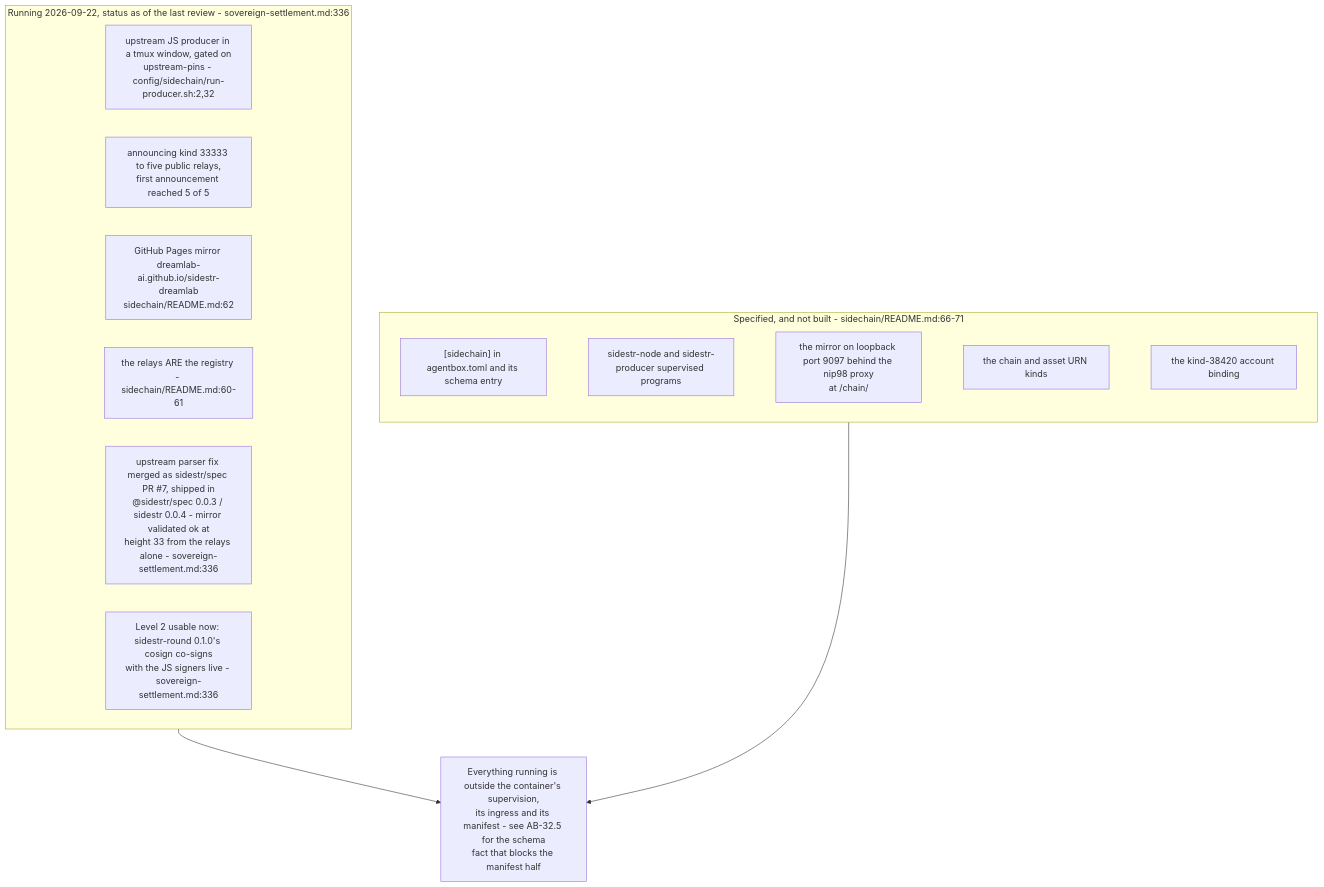
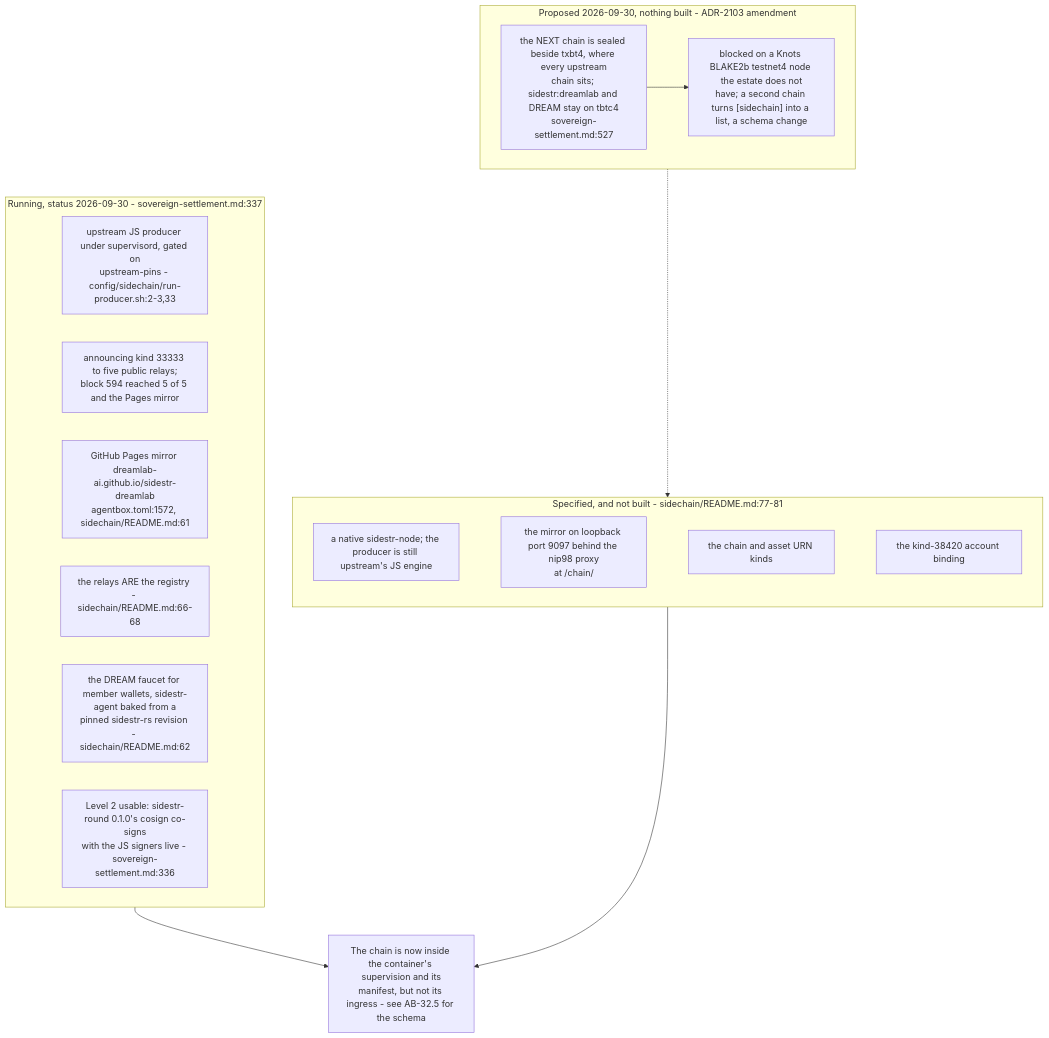
One commit to DreamLab-AI/VisionFlow changed the fifth of 5 diagrams in docs/diagrams/agentbox/34-sidestr-interim-producer-and-mirror.md. Above: the diagram before and after it, drawn with Mermaid. The commit also changed other lines of this file and 94 other files, not shown here.

First line of the commit message:
docs(diagrams): re-verify 130 topics against 2 October HEADs

````diff
--- a/docs/diagrams/agentbox/34-sidestr-interim-producer-and-mirror.md
+++ b/docs/diagrams/agentbox/34-sidestr-interim-producer-and-mirror.md
@@ -158,21 +179,26 @@
 ```mermaid
 flowchart TB
-    subgraph now["Running 2026-09-22, status as of the last review - sovereign-settlement.md:336"]
-        N1["upstream JS producer in a tmux window, gated on<br/>upstream-pins - config/sidechain/run-producer.sh:2,32"]
-        N2["announcing kind 33333 to five public relays,<br/>first announcement reached 5 of 5"]
-        N3["GitHub Pages mirror dreamlab-ai.github.io/sidestr-dreamlab<br/>sidechain/README.md:62"]
-        N4["the relays ARE the registry - sidechain/README.md:60-61"]
-        N5["upstream parser fix merged as sidestr/spec PR #7, shipped in<br/>@sidestr/spec 0.0.3 / sidestr 0.0.4 - mirror validated ok at<br/>height 33 from the relays alone - sovereign-settlement.md:336"]
-        N6["Level 2 usable now: sidestr-round 0.1.0's cosign co-signs<br/>with the JS signers live - sovereign-settlement.md:336"]
+    subgraph now["Running, status 2026-09-30 - sovereign-settlement.md:337"]
+        N1["upstream JS producer under supervisord, gated on<br/>upstream-pins - config/sidechain/run-producer.sh:2-3,33"]
+        N2["announcing kind 33333 to five public relays;<br/>block 594 reached 5 of 5 and the Pages mirror"]
+        N3["GitHub Pages mirror dreamlab-ai.github.io/sidestr-dreamlab<br/>agentbox.toml:1572, sidechain/README.md:61"]
+        N4["the relays ARE the registry - sidechain/README.md:66-68"]
+        N5["the DREAM faucet for member wallets, sidestr-agent baked from a<br/>pinned sidestr-rs revision - sidechain/README.md:62"]
+        N6["Level 2 usable: sidestr-round 0.1.0's cosign co-signs<br/>with the JS signers live - sovereign-settlement.md:336"]
     end
-    subgraph spec["Specified, and not built - sidechain/README.md:66-71"]
-        S1["[sidechain] in agentbox.toml and its schema entry"]
-        S2["sidestr-node and sidestr-producer supervised programs"]
+    subgraph spec["Specified, and not built - sidechain/README.md:77-81"]
+        S2["a native sidestr-node; the producer is still upstream's JS engine"]
         S3["the mirror on loopback port 9097 behind the nip98 proxy<br/>at /chain/"]
         S4["the chain and asset URN kinds"]
         S5["the kind-38420 account binding"]
-        S1 ~~~ S2 ~~~ S3 ~~~ S4 ~~~ S5
+        S2 ~~~ S3 ~~~ S4 ~~~ S5
     end
-    now --> GAP["Everything running is outside the container's supervision,<br/>its ingress and its manifest - see AB-32.5 for the schema<br/>fact that blocks the manifest half"]
+    subgraph next["Proposed 2026-09-30, nothing built - ADR-2103 amendment"]
+        X1["the NEXT chain is sealed beside txbt4, where every upstream<br/>chain sits; sidestr:dreamlab and DREAM stay on tbtc4<br/>sovereign-settlement.md:527"]
+        X2["blocked on a Knots BLAKE2b testnet4 node the estate does not<br/>have; a second chain turns [sidechain] into a list, a schema change"]
+        X1 --> X2
+    end
+    now --> GAP["The chain is now inside the container's supervision and its<br/>manifest, but not its ingress - see AB-32.5 for the schema"]
     spec --> GAP
+    next -.-> spec
 ```
````
